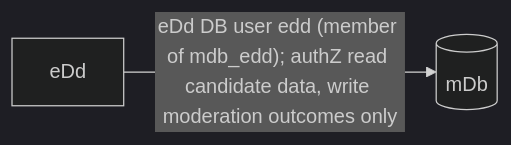
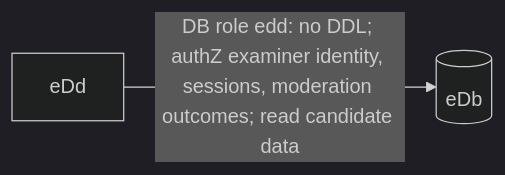
The fifth of 5 diagrams in docs/auth.md (freeCodeCamp/exam-platform), drawn with Mermaid (dark theme) before and after one commit. The commit also changed other lines of this file and 65 other files, not shown here.

````diff
--- a/docs/auth.md
+++ b/docs/auth.md
@@ -35,4 +35,4 @@
 ```mermaid
 graph LR
-  eDd["eDd"] -->|"eDd DB user edd (member of mdb_edd); authZ read candidate data, write moderation outcomes only"| mDb[("mDb")]
+  eDd["eDd"] -->|"DB role edd: no DDL; authZ examiner identity, sessions, moderation outcomes; read candidate data"| eDb[("eDb")]
 ```
````
